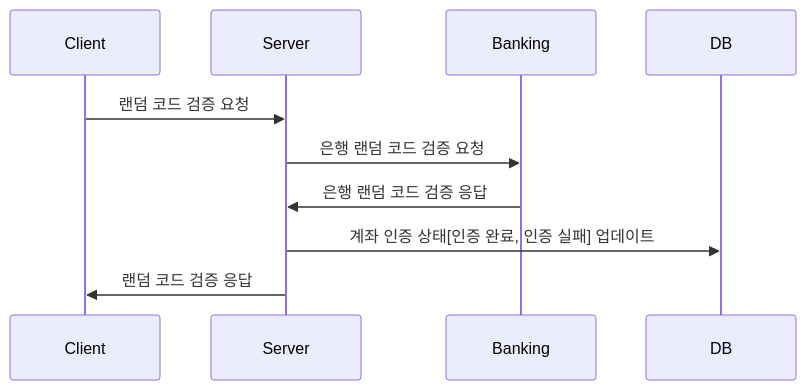
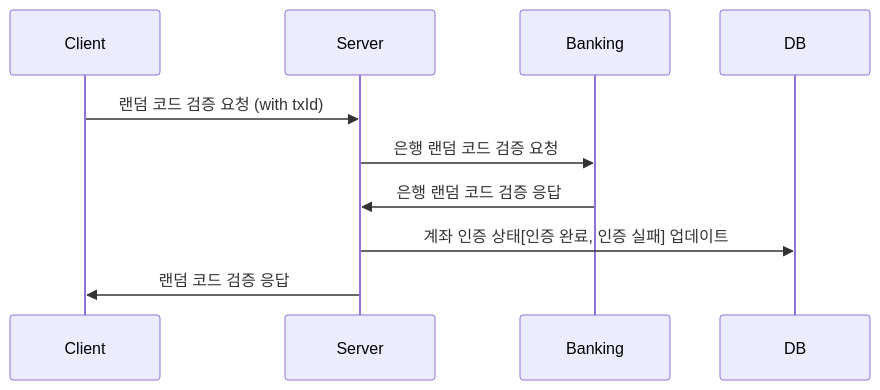
Before and after one commit to sungjunjin/til: the second of 7 diagrams in project/project_api.md, drawn with Mermaid. The commit also changed other lines of this file, not shown here.

````diff
--- a/project/project_api.md
+++ b/project/project_api.md
@@ -82,8 +410,8 @@
             ```mermaid
             sequenceDiagram
-                Client ->> Server : 랜덤 코드 검증 요청
+                Client ->> Server : 랜덤 코드 검증 요청 (with txId)
                 Server ->> Banking : 은행 랜덤 코드 검증 요청
                 Banking ->> Server : 은행 랜덤 코드 검증 응답
                 Server ->> DB : 계좌 인증 상태[인증 완료, 인증 실패] 업데이트
                 Server ->> Client : 랜덤 코드 검증 응답
             ```
````
